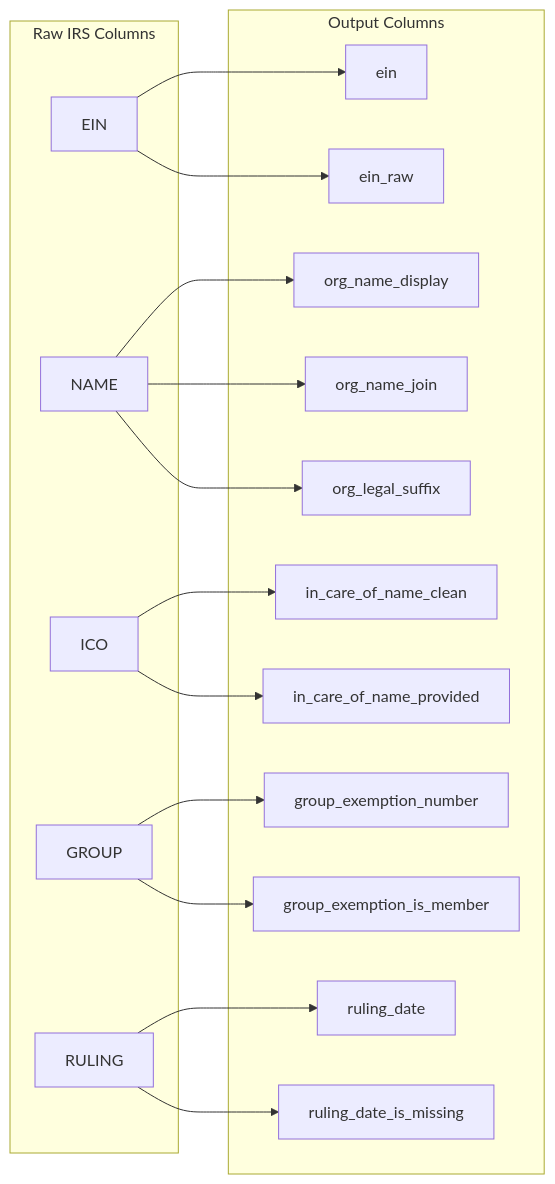
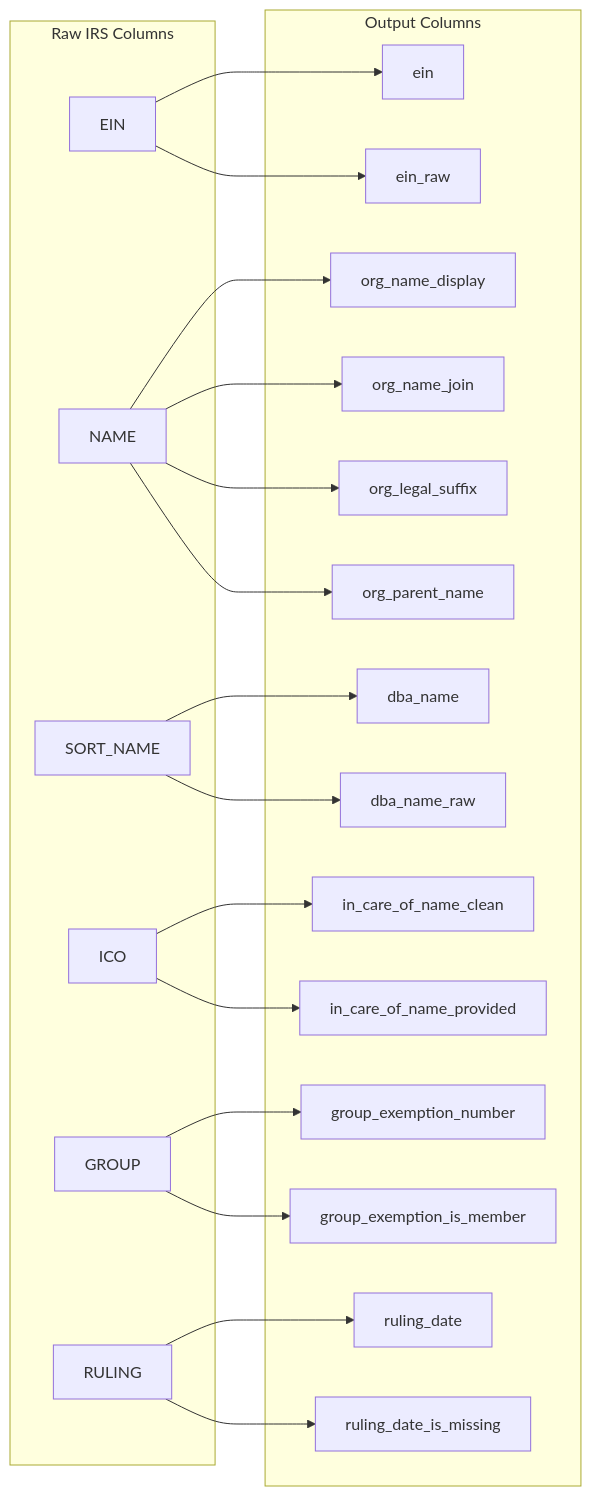
The second of 6 diagrams in docs/02-data-lineage.qmd (UrbanInstitute/nccs-data-bmf), drawn with Mermaid before and after one commit. The commit also changed other lines of this file and 11 other files, not shown here.

````diff
--- a/docs/02-data-lineage.qmd
+++ b/docs/02-data-lineage.qmd
@@ -58,36 +58,43 @@
 ```{mermaid}
 flowchart LR
     subgraph Raw["Raw IRS Columns"]
         EIN_R[EIN]
         NAME_R[NAME]
+        SORT_R[SORT_NAME]
         ICO_R[ICO]
         GROUP_R[GROUP]
         RULING_R[RULING]
     end
 
     subgraph Output["Output Columns"]
         ein[ein]
         ein_raw[ein_raw]
         org_name[org_name_display]
         org_join[org_name_join]
         org_suffix[org_legal_suffix]
+        org_parent[org_parent_name]
+        dba[dba_name]
+        dba_raw[dba_name_raw]
         ico[in_care_of_name_clean]
         ico_flag[in_care_of_name_provided]
         gen[group_exemption_number]
         gen_flag[group_exemption_is_member]
         ruling[ruling_date]
         ruling_flag[ruling_date_is_missing]
     end
 
     EIN_R --> ein
     EIN_R --> ein_raw
     NAME_R --> org_name
     NAME_R --> org_join
     NAME_R --> org_suffix
+    NAME_R --> org_parent
+    SORT_R --> dba
+    SORT_R --> dba_raw
     ICO_R --> ico
     ICO_R --> ico_flag
     GROUP_R --> gen
     GROUP_R --> gen_flag
     RULING_R --> ruling
     RULING_R --> ruling_flag
 ```
````
